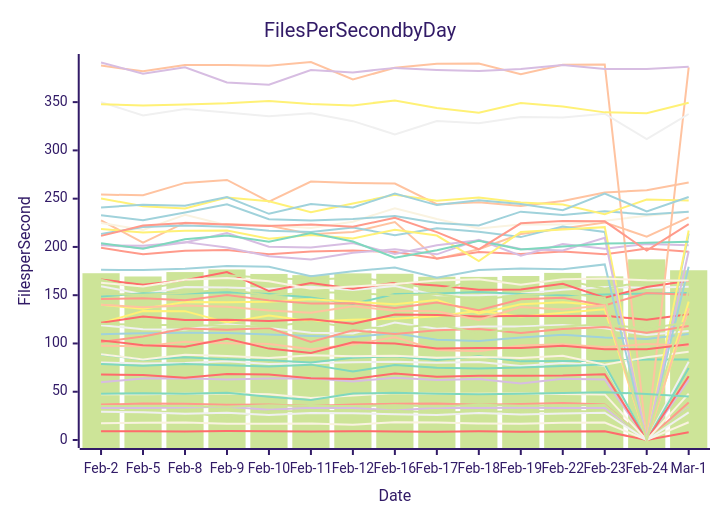
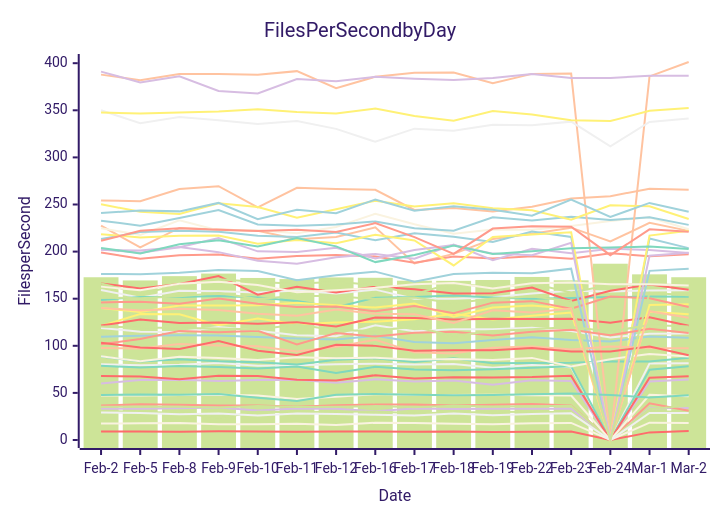
The diagram in perf-report.md (streetsidesoftware/cspell), drawn with Mermaid (forest theme) before and after one commit. The commit also changed other lines of this file and 1 other file, not shown here.

````diff
--- a/perf-report.md
+++ b/perf-report.md
@@ -10,57 +10,57 @@
 ```mermaid
 xychart-beta
     title Files Per Second by Day
     y-axis Files per Second
-    x-axis Date [Feb-2, Feb-5, Feb-8, Feb-9, Feb-10, Feb-11, Feb-12, Feb-16, Feb-17, Feb-18, Feb-19, Feb-22, Feb-23, Feb-24, Mar-1]
-    bar [172.76, 169.39, 173.94, 176.68, 172.01, 170.80, 172.59, 172.20, 169.11, 168.97, 169.87, 173.10, 169.52, 187.14, 175.84]
-    line [9.14, 9.10, 8.87, 9.39, 9.10, 8.79, 9.11, 8.93, 8.64, 9.05, 8.51, 8.78, 8.98, 0.00, 8.08]
-    line [109.65, 110.63, 111.16, 110.94, 109.21, 107.83, 106.68, 110.60, 103.95, 102.58, 106.20, 108.99, 106.23, 104.62, 109.75]
-    line [33.23, 33.25, 33.77, 34.38, 31.28, 33.43, 33.24, 30.53, 33.31, 33.04, 33.28, 33.21, 33.17, 0.00, 33.83]
-    line [80.34, 79.32, 79.86, 81.63, 78.70, 79.41, 80.42, 80.99, 80.08, 80.78, 76.61, 79.69, 77.15, 0.00, 81.09]
-    line [227.45, 204.37, 225.14, 223.42, 222.08, 213.20, 215.50, 225.73, 187.50, 197.59, 213.32, 219.03, 225.40, 210.70, 230.59]
-    line [88.66, 83.22, 85.59, 83.52, 82.54, 80.25, 85.24, 86.74, 82.84, 86.83, 81.45, 81.71, 81.96, 83.41, 83.27]
-    line [199.11, 192.32, 196.15, 196.80, 192.49, 195.28, 196.29, 194.83, 188.10, 194.84, 192.66, 195.15, 192.32, 198.30, 195.10]
-    line [224.86, 217.64, 233.33, 222.49, 222.54, 219.50, 226.16, 240.10, 228.96, 219.08, 223.33, 223.11, 227.19, 232.41, 236.43]
-    line [121.09, 133.64, 133.48, 121.84, 129.06, 122.93, 124.68, 125.50, 128.25, 133.90, 127.83, 131.88, 135.36, 0.00, 136.13]
-    line [31.08, 29.80, 28.87, 23.26, 29.91, 29.82, 30.05, 30.35, 28.52, 29.28, 29.65, 29.97, 29.42, 0.00, 30.75]
-    line [121.54, 127.82, 124.27, 124.62, 123.31, 125.03, 120.42, 129.98, 129.47, 127.87, 128.69, 128.42, 128.71, 124.50, 130.30]
-    line [232.76, 227.56, 235.60, 244.14, 228.71, 227.46, 228.82, 232.02, 224.80, 222.16, 236.53, 233.14, 236.87, 233.63, 236.34]
-    line [201.87, 201.12, 204.97, 199.43, 190.33, 187.01, 193.91, 197.53, 192.34, 207.35, 190.87, 203.05, 198.23, 203.08, 201.82]
-    line [159.34, 150.93, 158.41, 157.97, 156.56, 158.71, 155.41, 159.62, 150.02, 150.05, 151.55, 155.58, 158.55, 157.69, 158.64]
-    line [254.20, 253.57, 266.34, 269.39, 246.86, 267.66, 266.35, 265.66, 244.28, 246.16, 242.48, 247.66, 256.36, 258.77, 266.75]
-    line [148.70, 151.93, 151.71, 152.93, 151.27, 147.55, 140.92, 151.13, 151.76, 153.31, 151.18, 149.85, 150.69, 151.72, 152.23]
-    line [36.65, 37.87, 37.52, 36.62, 36.71, 35.21, 36.78, 37.62, 37.74, 36.57, 37.30, 38.24, 36.77, 0.00, 38.95]
-    line [17.39, 17.79, 18.01, 16.74, 16.81, 17.17, 15.81, 18.35, 18.08, 17.18, 16.76, 17.88, 18.10, 0.00, 18.36]
-    line [140.14, 135.87, 142.86, 142.75, 143.10, 145.82, 143.11, 140.65, 144.98, 130.98, 140.65, 142.78, 139.39, 0.00, 143.34]
-    line [35.24, 35.24, 35.29, 34.51, 36.01, 35.10, 35.21, 35.98, 34.82, 36.43, 35.46, 35.84, 36.34, 0.00, 33.04]
-    line [166.16, 160.94, 165.57, 174.04, 154.30, 162.65, 156.66, 162.87, 159.96, 155.64, 155.90, 161.77, 147.50, 158.41, 164.95]
-    line [213.40, 220.70, 222.08, 221.01, 216.87, 215.38, 220.23, 212.12, 219.37, 215.84, 210.18, 221.20, 215.57, 0.00, 213.93]
-    line [59.94, 63.60, 64.06, 62.64, 63.65, 63.88, 60.68, 64.42, 62.12, 63.28, 58.66, 63.36, 62.75, 0.00, 62.13]
-    line [118.96, 114.84, 114.56, 119.99, 116.03, 111.12, 110.27, 121.81, 115.35, 117.70, 117.45, 119.10, 115.72, 108.80, 112.87]
-    line [387.86, 381.95, 388.55, 388.50, 387.75, 391.57, 373.53, 385.59, 389.88, 390.09, 378.81, 388.65, 389.04, 0.00, 385.97]
-    line [78.73, 76.88, 78.62, 77.47, 76.02, 78.07, 71.09, 77.64, 74.87, 74.07, 74.98, 76.63, 78.24, 0.00, 74.50]
-    line [146.04, 146.87, 144.71, 150.09, 144.64, 141.32, 141.68, 136.63, 142.32, 134.55, 145.82, 147.42, 139.34, 152.31, 150.56]
-    line [88.85, 83.51, 88.25, 87.06, 84.92, 87.81, 86.69, 87.24, 85.15, 85.90, 85.00, 87.17, 77.95, 85.83, 91.39]
-    line [218.52, 215.06, 216.88, 216.99, 208.40, 212.31, 208.84, 217.81, 211.80, 185.28, 215.46, 218.06, 220.51, 0.00, 217.03]
-    line [166.07, 155.61, 164.06, 170.66, 167.78, 165.93, 167.97, 164.38, 154.74, 166.79, 161.65, 166.00, 156.64, 164.50, 165.52]
-    line [67.83, 67.42, 64.50, 68.29, 67.95, 63.94, 63.10, 68.79, 65.40, 66.62, 66.45, 66.78, 68.09, 0.00, 66.08]
-    line [176.27, 176.08, 177.50, 180.37, 179.50, 169.53, 174.82, 178.71, 168.06, 176.19, 177.57, 176.95, 181.84, 0.00, 179.55]
-    line [202.30, 198.84, 204.68, 214.35, 200.27, 199.54, 204.14, 192.69, 201.75, 206.87, 197.87, 196.25, 209.40, 0.00, 195.54]
-    line [350.02, 336.18, 342.95, 339.36, 335.43, 338.51, 330.30, 316.59, 330.53, 328.24, 334.55, 334.07, 337.95, 311.68, 337.70]
-    line [97.62, 97.16, 101.86, 100.35, 99.46, 93.91, 99.01, 106.34, 93.17, 91.86, 97.86, 99.22, 96.08, 99.35, 97.75]
-    line [203.85, 198.04, 207.86, 211.91, 205.36, 214.41, 205.57, 188.86, 196.47, 206.41, 197.46, 200.43, 203.43, 204.23, 205.42]
-    line [101.57, 107.21, 115.59, 114.29, 115.98, 101.55, 113.56, 109.85, 113.73, 114.86, 110.85, 114.90, 116.94, 111.12, 118.08]
-    line [47.29, 47.35, 47.86, 48.05, 47.30, 43.46, 46.02, 48.76, 47.89, 47.85, 48.05, 47.61, 47.20, 0.00, 48.02]
-    line [250.17, 242.23, 239.94, 251.24, 247.36, 235.88, 244.92, 253.98, 247.84, 251.30, 245.99, 243.93, 233.93, 249.19, 248.13]
-    line [120.43, 119.43, 118.96, 118.43, 117.39, 122.51, 116.51, 115.88, 120.25, 110.42, 115.69, 117.45, 119.97, 115.23, 122.06]
-    line [103.18, 98.24, 96.65, 104.96, 94.67, 90.15, 101.17, 99.92, 94.76, 95.38, 95.32, 97.68, 93.94, 94.07, 99.29]
-    line [240.95, 243.60, 242.70, 251.69, 234.31, 244.51, 240.78, 255.22, 243.34, 248.23, 244.44, 238.03, 255.33, 236.79, 251.67]
-    line [391.09, 379.53, 386.07, 370.43, 367.95, 383.26, 380.80, 385.48, 383.39, 382.12, 384.41, 388.46, 384.20, 384.25, 386.70]
-    line [29.20, 28.78, 27.22, 28.25, 25.94, 28.04, 27.66, 26.73, 25.95, 28.09, 26.29, 27.51, 28.29, 0.00, 28.66]
-    line [140.20, 137.55, 139.32, 138.06, 134.03, 131.86, 138.50, 133.91, 133.44, 124.24, 137.70, 135.31, 139.52, 0.00, 136.77]
-    line [47.79, 48.42, 47.97, 48.95, 44.92, 41.33, 48.11, 48.93, 47.91, 47.47, 47.85, 48.58, 49.42, 47.74, 45.18]
-    line [211.45, 222.13, 224.72, 223.26, 221.76, 223.13, 220.88, 230.21, 215.32, 197.56, 224.48, 226.95, 226.51, 196.21, 223.62]
-    line [162.82, 158.93, 165.88, 167.89, 164.45, 156.78, 159.08, 161.56, 165.23, 166.55, 160.76, 166.40, 167.25, 165.44, 165.22]
-    line [347.78, 346.57, 347.57, 348.75, 351.19, 348.15, 346.62, 351.78, 343.88, 338.94, 349.19, 345.47, 339.39, 338.55, 349.45]
-    line [151.10, 150.58, 152.48, 156.02, 149.70, 153.17, 152.51, 149.58, 151.17, 145.28, 150.19, 152.37, 147.43, 0.00, 156.21]
+    x-axis Date [Feb-2, Feb-5, Feb-8, Feb-9, Feb-10, Feb-11, Feb-12, Feb-16, Feb-17, Feb-18, Feb-19, Feb-22, Feb-23, Feb-24, Mar-1, Mar-2]
+    bar [172.76, 169.39, 173.94, 176.68, 172.01, 170.80, 172.59, 172.20, 169.11, 168.97, 169.87, 173.10, 169.52, 187.14, 175.84, 172.78]
+    line [9.14, 9.10, 8.87, 9.39, 9.10, 8.79, 9.11, 8.93, 8.64, 9.05, 8.51, 8.78, 8.98, 0.00, 8.08, 9.48]
+    line [109.65, 110.63, 111.16, 110.94, 109.21, 107.83, 106.68, 110.60, 103.95, 102.58, 106.20, 108.99, 106.23, 104.62, 109.75, 108.50]
+    line [33.23, 33.25, 33.77, 34.38, 31.28, 33.43, 33.24, 30.53, 33.31, 33.04, 33.28, 33.21, 33.17, 0.00, 33.83, 33.92]
+    line [80.34, 79.32, 79.86, 81.63, 78.70, 79.41, 80.42, 80.99, 80.08, 80.78, 76.61, 79.69, 77.15, 0.00, 81.09, 81.59]
+    line [227.45, 204.37, 225.14, 223.42, 222.08, 213.20, 215.50, 225.73, 187.50, 197.59, 213.32, 219.03, 225.40, 210.70, 230.59, 222.00]
+    line [88.66, 83.22, 85.59, 83.52, 82.54, 80.25, 85.24, 86.74, 82.84, 86.83, 81.45, 81.71, 81.96, 83.41, 83.27, 87.42]
+    line [199.11, 192.32, 196.15, 196.80, 192.49, 195.28, 196.29, 194.83, 188.10, 194.84, 192.66, 195.15, 192.32, 198.30, 195.10, 197.20]
+    line [224.86, 217.64, 233.33, 222.49, 222.54, 219.50, 226.16, 240.10, 228.96, 219.08, 223.33, 223.11, 227.19, 232.41, 236.43, 223.75]
+    line [121.09, 133.64, 133.48, 121.84, 129.06, 122.93, 124.68, 125.50, 128.25, 133.90, 127.83, 131.88, 135.36, 0.00, 136.13, 133.51]
+    line [31.08, 29.80, 28.87, 23.26, 29.91, 29.82, 30.05, 30.35, 28.52, 29.28, 29.65, 29.97, 29.42, 0.00, 30.75, 29.62]
+    line [121.54, 127.82, 124.27, 124.62, 123.31, 125.03, 120.42, 129.98, 129.47, 127.87, 128.69, 128.42, 128.71, 124.50, 130.30, 121.34]
+    line [232.76, 227.56, 235.60, 244.14, 228.71, 227.46, 228.82, 232.02, 224.80, 222.16, 236.53, 233.14, 236.87, 233.63, 236.34, 228.38]
+    line [201.87, 201.12, 204.97, 199.43, 190.33, 187.01, 193.91, 197.53, 192.34, 207.35, 190.87, 203.05, 198.23, 203.08, 201.82, 198.61]
+    line [159.34, 150.93, 158.41, 157.97, 156.56, 158.71, 155.41, 159.62, 150.02, 150.05, 151.55, 155.58, 158.55, 157.69, 158.64, 158.84]
+    line [254.20, 253.57, 266.34, 269.39, 246.86, 267.66, 266.35, 265.66, 244.28, 246.16, 242.48, 247.66, 256.36, 258.77, 266.75, 265.72]
+    line [148.70, 151.93, 151.71, 152.93, 151.27, 147.55, 140.92, 151.13, 151.76, 153.31, 151.18, 149.85, 150.69, 151.72, 152.23, 152.07]
+    line [36.65, 37.87, 37.52, 36.62, 36.71, 35.21, 36.78, 37.62, 37.74, 36.57, 37.30, 38.24, 36.77, 0.00, 38.95, 31.05]
+    line [17.39, 17.79, 18.01, 16.74, 16.81, 17.17, 15.81, 18.35, 18.08, 17.18, 16.76, 17.88, 18.10, 0.00, 18.36, 18.10]
+    line [140.14, 135.87, 142.86, 142.75, 143.10, 145.82, 143.11, 140.65, 144.98, 130.98, 140.65, 142.78, 139.39, 0.00, 143.34, 144.23]
+    line [35.24, 35.24, 35.29, 34.51, 36.01, 35.10, 35.21, 35.98, 34.82, 36.43, 35.46, 35.84, 36.34, 0.00, 33.04, 36.34]
+    line [166.16, 160.94, 165.57, 174.04, 154.30, 162.65, 156.66, 162.87, 159.96, 155.64, 155.90, 161.77, 147.50, 158.41, 164.95, 159.54]
+    line [213.40, 220.70, 222.08, 221.01, 216.87, 215.38, 220.23, 212.12, 219.37, 215.84, 210.18, 221.20, 215.57, 0.00, 213.93, 203.71]
+    line [59.94, 63.60, 64.06, 62.64, 63.65, 63.88, 60.68, 64.42, 62.12, 63.28, 58.66, 63.36, 62.75, 0.00, 62.13, 64.28]
+    line [118.96, 114.84, 114.56, 119.99, 116.03, 111.12, 110.27, 121.81, 115.35, 117.70, 117.45, 119.10, 115.72, 108.80, 112.87, 112.99]
+    line [387.86, 381.95, 388.55, 388.50, 387.75, 391.57, 373.53, 385.59, 389.88, 390.09, 378.81, 388.65, 389.04, 0.00, 385.97, 401.27]
+    line [78.73, 76.88, 78.62, 77.47, 76.02, 78.07, 71.09, 77.64, 74.87, 74.07, 74.98, 76.63, 78.24, 0.00, 74.50, 78.39]
+    line [146.04, 146.87, 144.71, 150.09, 144.64, 141.32, 141.68, 136.63, 142.32, 134.55, 145.82, 147.42, 139.34, 152.31, 150.56, 141.29]
+    line [88.85, 83.51, 88.25, 87.06, 84.92, 87.81, 86.69, 87.24, 85.15, 85.90, 85.00, 87.17, 77.95, 85.83, 91.39, 88.60]
+    line [218.52, 215.06, 216.88, 216.99, 208.40, 212.31, 208.84, 217.81, 211.80, 185.28, 215.46, 218.06, 220.51, 0.00, 217.03, 222.18]
+    line [166.07, 155.61, 164.06, 170.66, 167.78, 165.93, 167.97, 164.38, 154.74, 166.79, 161.65, 166.00, 156.64, 164.50, 165.52, 163.99]
+    line [67.83, 67.42, 64.50, 68.29, 67.95, 63.94, 63.10, 68.79, 65.40, 66.62, 66.45, 66.78, 68.09, 0.00, 66.08, 67.64]
+    line [176.27, 176.08, 177.50, 180.37, 179.50, 169.53, 174.82, 178.71, 168.06, 176.19, 177.57, 176.95, 181.84, 0.00, 179.55, 181.85]
+    line [202.30, 198.84, 204.68, 214.35, 200.27, 199.54, 204.14, 192.69, 201.75, 206.87, 197.87, 196.25, 209.40, 0.00, 195.54, 198.76]
+    line [350.02, 336.18, 342.95, 339.36, 335.43, 338.51, 330.30, 316.59, 330.53, 328.24, 334.55, 334.07, 337.95, 311.68, 337.70, 341.22]
+    line [97.62, 97.16, 101.86, 100.35, 99.46, 93.91, 99.01, 106.34, 93.17, 91.86, 97.86, 99.22, 96.08, 99.35, 97.75, 97.47]
+    line [203.85, 198.04, 207.86, 211.91, 205.36, 214.41, 205.57, 188.86, 196.47, 206.41, 197.46, 200.43, 203.43, 204.23, 205.42, 202.71]
+    line [101.57, 107.21, 115.59, 114.29, 115.98, 101.55, 113.56, 109.85, 113.73, 114.86, 110.85, 114.90, 116.94, 111.12, 118.08, 113.47]
+    line [47.29, 47.35, 47.86, 48.05, 47.30, 43.46, 46.02, 48.76, 47.89, 47.85, 48.05, 47.61, 47.20, 0.00, 48.02, 46.46]
+    line [250.17, 242.23, 239.94, 251.24, 247.36, 235.88, 244.92, 253.98, 247.84, 251.30, 245.99, 243.93, 233.93, 249.19, 248.13, 234.63]
+    line [120.43, 119.43, 118.96, 118.43, 117.39, 122.51, 116.51, 115.88, 120.25, 110.42, 115.69, 117.45, 119.97, 115.23, 122.06, 120.55]
+    line [103.18, 98.24, 96.65, 104.96, 94.67, 90.15, 101.17, 99.92, 94.76, 95.38, 95.32, 97.68, 93.94, 94.07, 99.29, 89.96]
+    line [240.95, 243.60, 242.70, 251.69, 234.31, 244.51, 240.78, 255.22, 243.34, 248.23, 244.44, 238.03, 255.33, 236.79, 251.67, 242.29]
+    line [391.09, 379.53, 386.07, 370.43, 367.95, 383.26, 380.80, 385.48, 383.39, 382.12, 384.41, 388.46, 384.20, 384.25, 386.70, 386.69]
+    line [29.20, 28.78, 27.22, 28.25, 25.94, 28.04, 27.66, 26.73, 25.95, 28.09, 26.29, 27.51, 28.29, 0.00, 28.66, 28.72]
+    line [140.20, 137.55, 139.32, 138.06, 134.03, 131.86, 138.50, 133.91, 133.44, 124.24, 137.70, 135.31, 139.52, 0.00, 136.77, 129.78]
+    line [47.79, 48.42, 47.97, 48.95, 44.92, 41.33, 48.11, 48.93, 47.91, 47.47, 47.85, 48.58, 49.42, 47.74, 45.18, 47.57]
+    line [211.45, 222.13, 224.72, 223.26, 221.76, 223.13, 220.88, 230.21, 215.32, 197.56, 224.48, 226.95, 226.51, 196.21, 223.62, 221.08]
+    line [162.82, 158.93, 165.88, 167.89, 164.45, 156.78, 159.08, 161.56, 165.23, 166.55, 160.76, 166.40, 167.25, 165.44, 165.22, 164.06]
+    line [347.78, 346.57, 347.57, 348.75, 351.19, 348.15, 346.62, 351.78, 343.88, 338.94, 349.19, 345.47, 339.39, 338.55, 349.45, 352.53]
+    line [151.10, 150.58, 152.48, 156.02, 149.70, 153.17, 152.51, 149.58, 151.17, 145.28, 150.19, 152.37, 147.43, 0.00, 156.21, 153.68]
 ```
````
